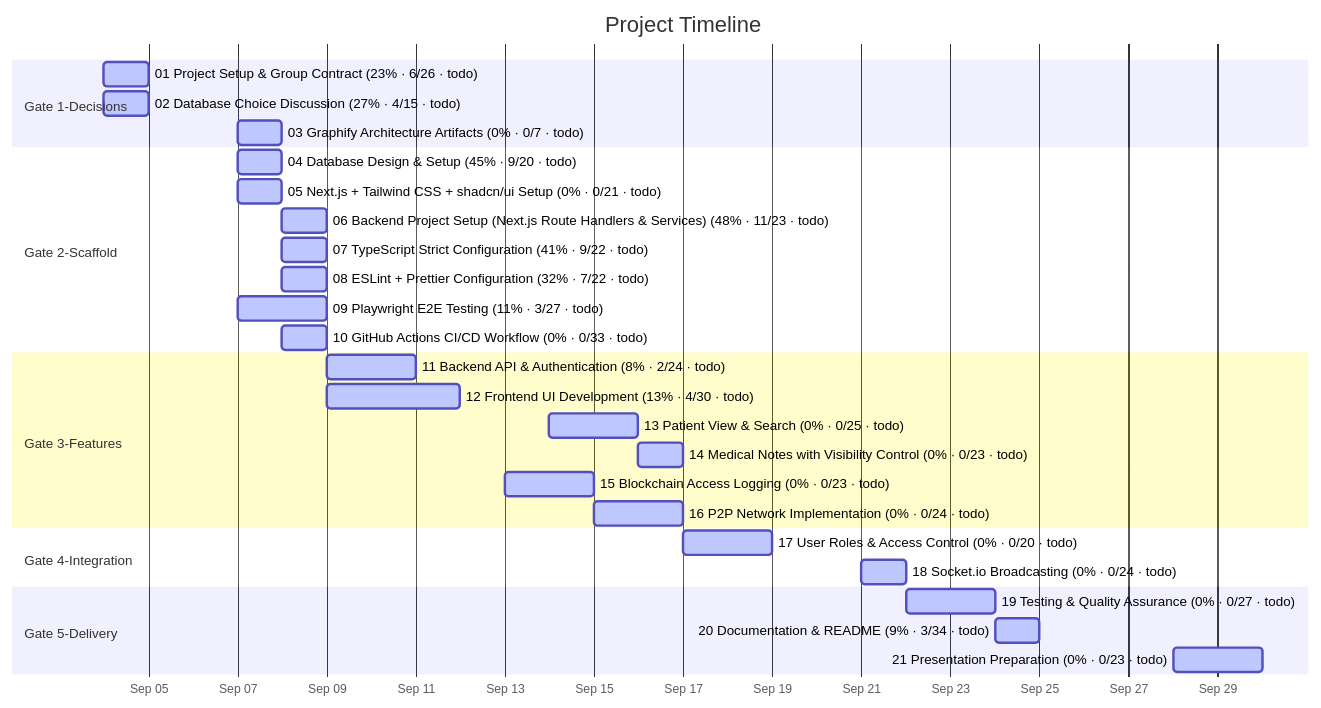
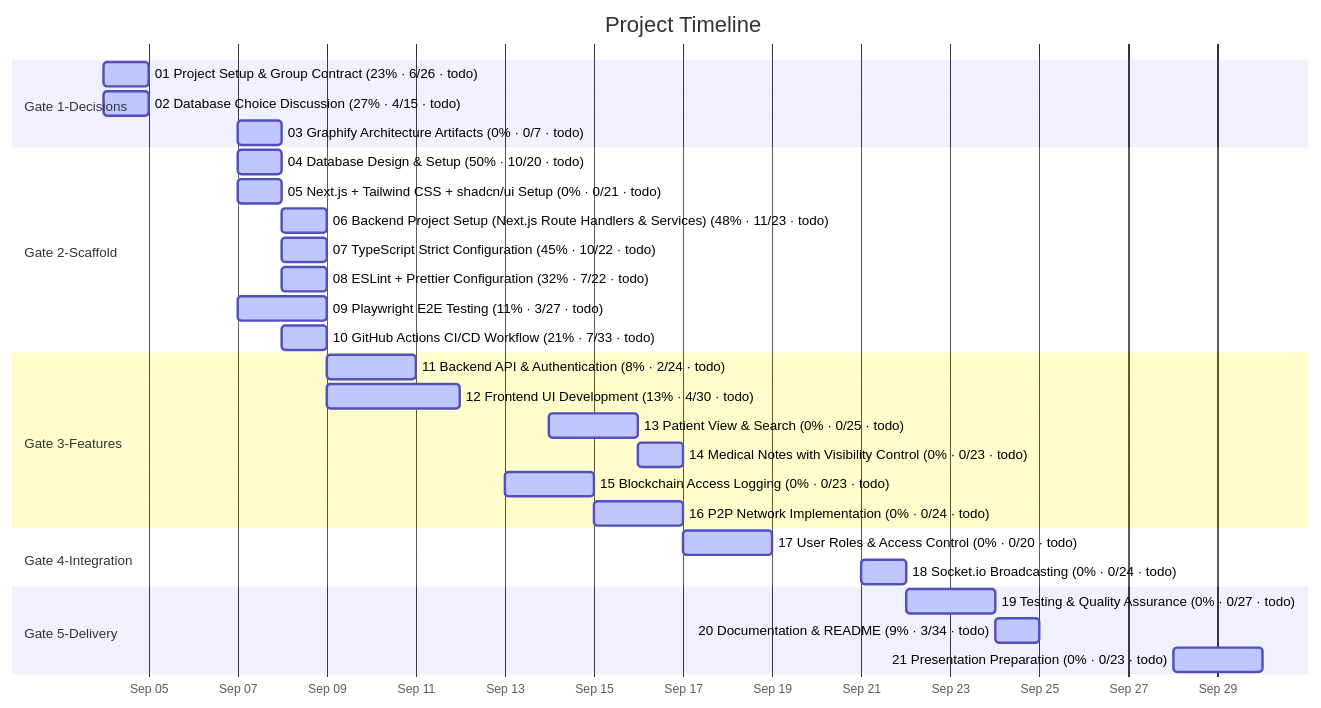
Before and after one commit to matdevstamp/inl-3-awesome-journal: the diagram in docs/diagrams/task-gantt.md, drawn with Mermaid. The commit also changed 7 other files, not shown here.

````diff
--- a/docs/diagrams/task-gantt.md
+++ b/docs/diagrams/task-gantt.md
@@ -25,33 +25,33 @@
 ```mermaid
 gantt
     title Project Timeline
     dateFormat  YYYY-MM-DD
     axisFormat  %b %d
 
     section Gate 1-Decisions
     01 Project Setup & Group Contract (23% · 6/26 · todo) : active, 2026-09-04, 1d
     02 Database Choice Discussion (27% · 4/15 · todo) : active, 2026-09-04, 1d
     03 Graphify Architecture Artifacts (0% · 0/7 · todo) : active, 2026-09-07, 1d
     section Gate 2-Scaffold
-    04 Database Design & Setup (45% · 9/20 · todo) : active, 2026-09-07, 1d
+    04 Database Design & Setup (50% · 10/20 · todo) : active, 2026-09-07, 1d
     05 Next.js + Tailwind CSS + shadcn/ui Setup (0% · 0/21 · todo) : active, 2026-09-07, 1d
     06 Backend Project Setup (Next.js Route Handlers & Services) (48% · 11/23 · todo) : active, 2026-09-08, 1d
-    07 TypeScript Strict Configuration (41% · 9/22 · todo) : active, 2026-09-08, 1d
+    07 TypeScript Strict Configuration (45% · 10/22 · todo) : active, 2026-09-08, 1d
     08 ESLint + Prettier Configuration (32% · 7/22 · todo) : active, 2026-09-08, 1d
     09 Playwright E2E Testing (11% · 3/27 · todo) : active, 2026-09-07, 2d
-    10 GitHub Actions CI/CD Workflow (0% · 0/33 · todo) : active, 2026-09-08, 1d
+    10 GitHub Actions CI/CD Workflow (21% · 7/33 · todo) : active, 2026-09-08, 1d
     section Gate 3-Features
     11 Backend API & Authentication (8% · 2/24 · todo) : active, 2026-09-09, 2d
     12 Frontend UI Development (13% · 4/30 · todo) : active, 2026-09-09, 3d
     13 Patient View & Search (0% · 0/25 · todo) : active, 2026-09-14, 2d
     14 Medical Notes with Visibility Control (0% · 0/23 · todo) : active, 2026-09-16, 1d
     15 Blockchain Access Logging (0% · 0/23 · todo) : active, 2026-09-13, 2d
     16 P2P Network Implementation (0% · 0/24 · todo) : active, 2026-09-15, 2d
     section Gate 4-Integration
     17 User Roles & Access Control (0% · 0/20 · todo) : active, 2026-09-17, 2d
     18 Socket.io Broadcasting (0% · 0/24 · todo) : active, 2026-09-21, 1d
     section Gate 5-Delivery
     19 Testing & Quality Assurance (0% · 0/27 · todo) : active, 2026-09-22, 2d
     20 Documentation & README (9% · 3/34 · todo) : active, 2026-09-24, 1d
     21 Presentation Preparation (0% · 0/23 · todo) : active, 2026-09-28, 2d
 ```
````
